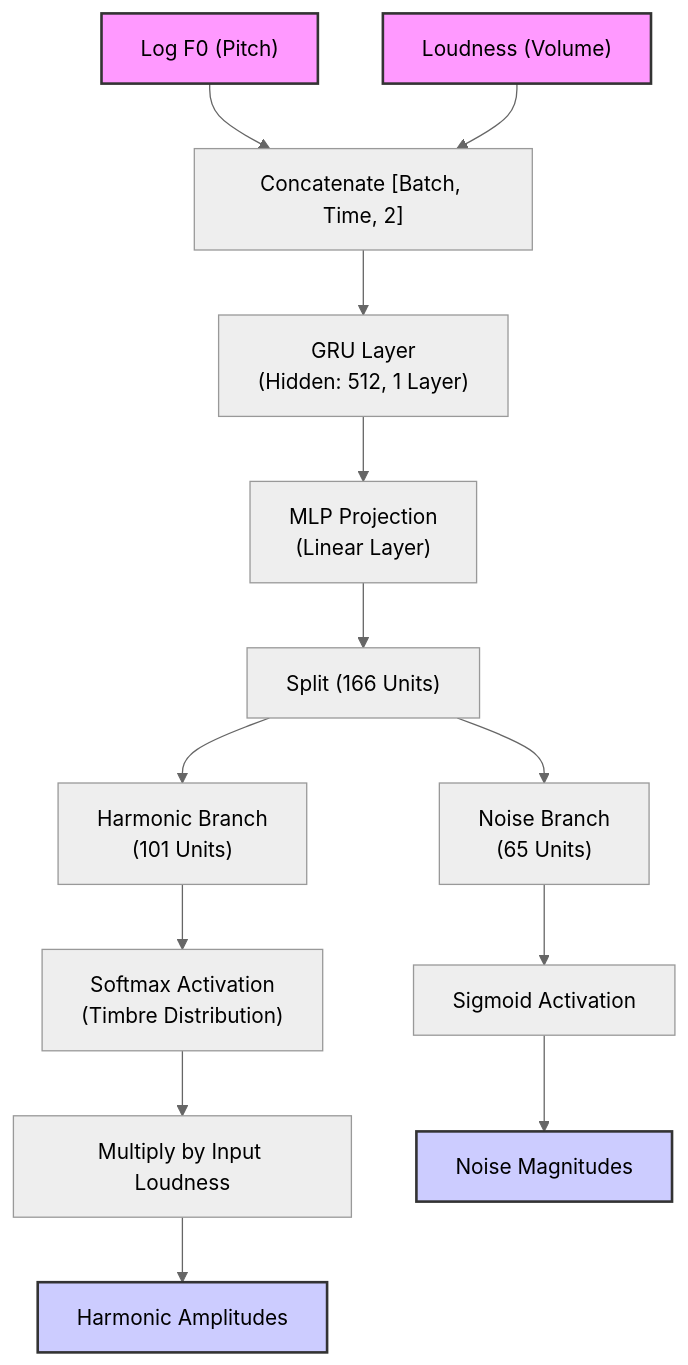
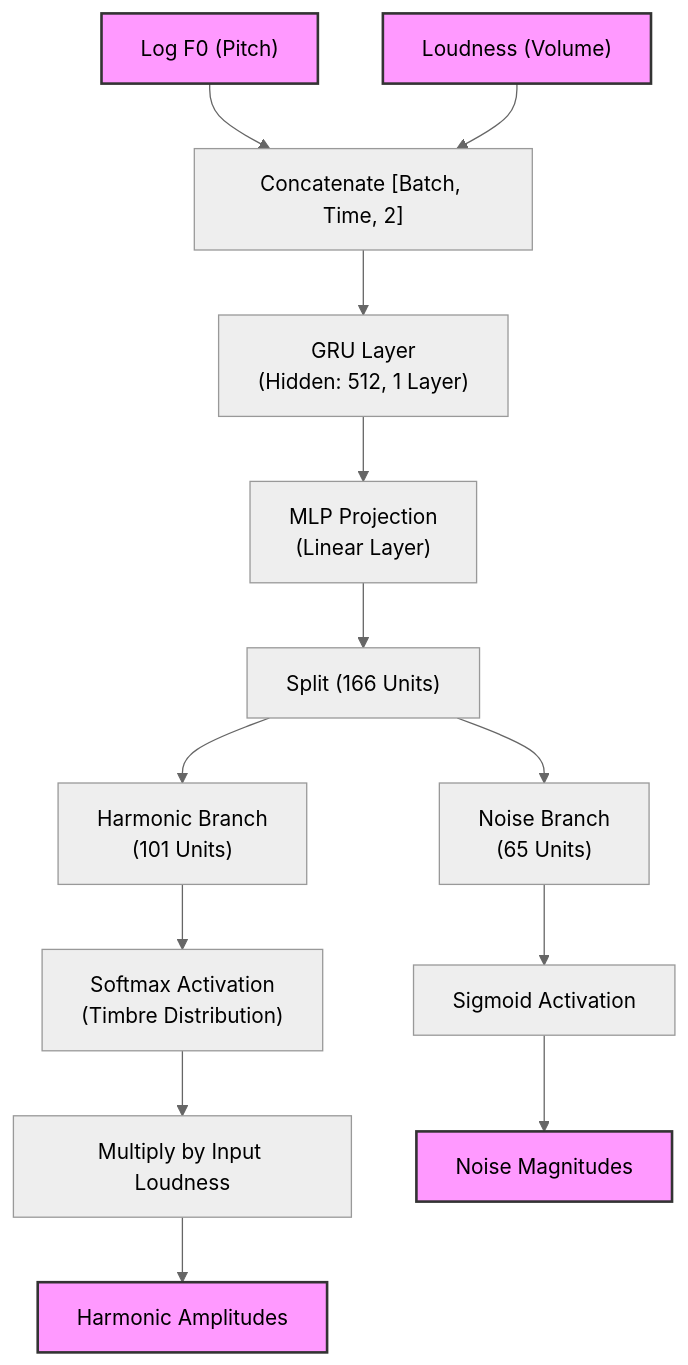
Before and after one commit to tonimateos/vox2trumpet: the second of 2 diagrams in README.md, drawn with Mermaid (neutral theme). The commit also changed other lines of this file, not shown here.

Commit message:
fixing colors

````diff
--- a/README.md
+++ b/README.md
@@ -201,20 +201,20 @@
     ```mermaid
     graph TD
         InF0["Log F0 (Pitch)"] --> Concat["Concatenate [Batch, Time, 2]"]
         InLoud["Loudness (Volume)"] --> Concat
         Concat --> GRU["GRU Layer<br/>(Hidden: 512, 1 Layer)"]
         GRU --> MLP["MLP Projection<br/>(Linear Layer)"]
         MLP --> Split["Split (166 Units)"]
         Split --> Harm["Harmonic Branch<br/>(101 Units)"]
         Split --> Noise["Noise Branch<br/>(65 Units)"]
         Harm --> Softmax["Softmax Activation<br/>(Timbre Distribution)"]
         Softmax --> MulLoud["Multiply by Input Loudness"]
         MulLoud --> OutHarm["Harmonic Amplitudes"]
         Noise --> Sigmoid["Sigmoid Activation"]
         Sigmoid --> OutNoise["Noise Magnitudes"]
 
         style InF0 fill:#f9f,stroke:#333,stroke-width:2px
         style InLoud fill:#f9f,stroke:#333,stroke-width:2px
-        style OutHarm fill:#ccf,stroke:#333,stroke-width:2px
-        style OutNoise fill:#ccf,stroke:#333,stroke-width:2px
+        style OutHarm fill:#f9f,stroke:#333,stroke-width:2px
+        style OutNoise fill:#f9f,stroke:#333,stroke-width:2px
     ```
````
